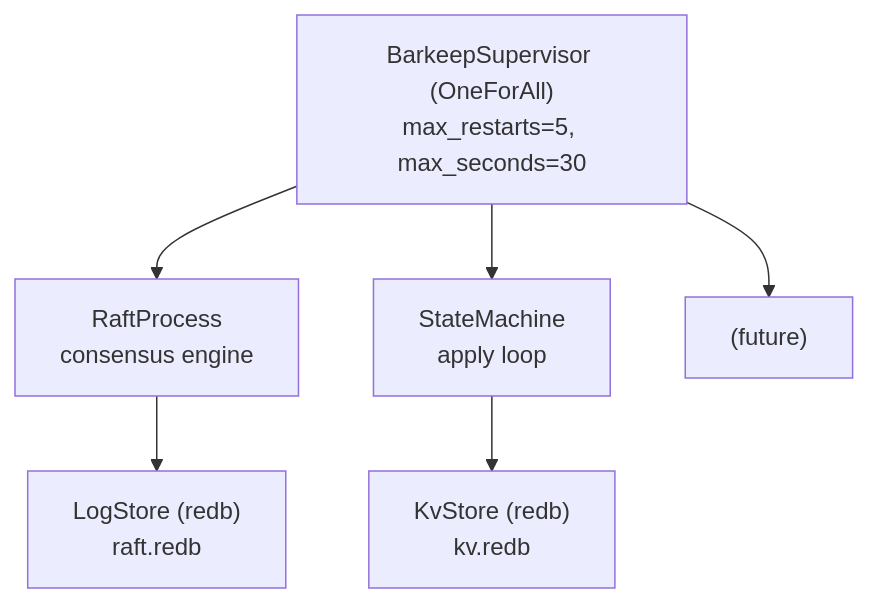
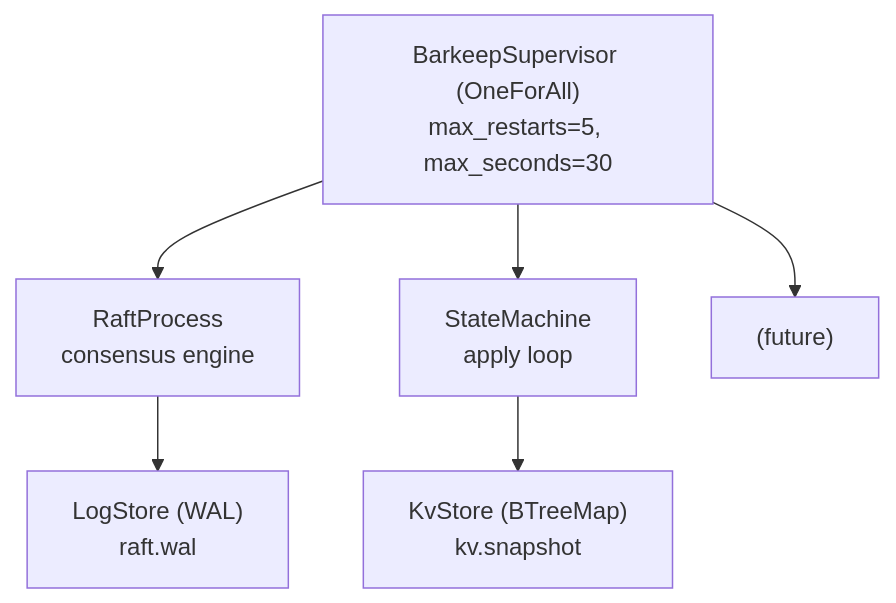
The first of 9 diagrams in docs/architecture.md (alexandernicholson/barkeeper), drawn with Mermaid before and after one commit. The commit also changed other lines of this file and 5 other files, not shown here.

First line of the commit message:
docs: update all documentation for in-memory KV store architecture

````diff
--- a/docs/architecture.md
+++ b/docs/architecture.md
@@ -40,9 +40,9 @@
 ```mermaid
 graph TD
     S["BarkeepSupervisor (OneForAll)<br>max_restarts=5, max_seconds=30"]
     S --> R["RaftProcess<br>consensus engine"]
     S --> SM["StateMachine<br>apply loop"]
     S --> F["(future)"]
-    R --> LS["LogStore (redb)<br>raft.redb"]
-    SM --> KV["KvStore (redb)<br>kv.redb"]
+    R --> LS["LogStore (WAL)<br>raft.wal"]
+    SM --> KV["KvStore (BTreeMap)<br>kv.snapshot"]
 ```
````
